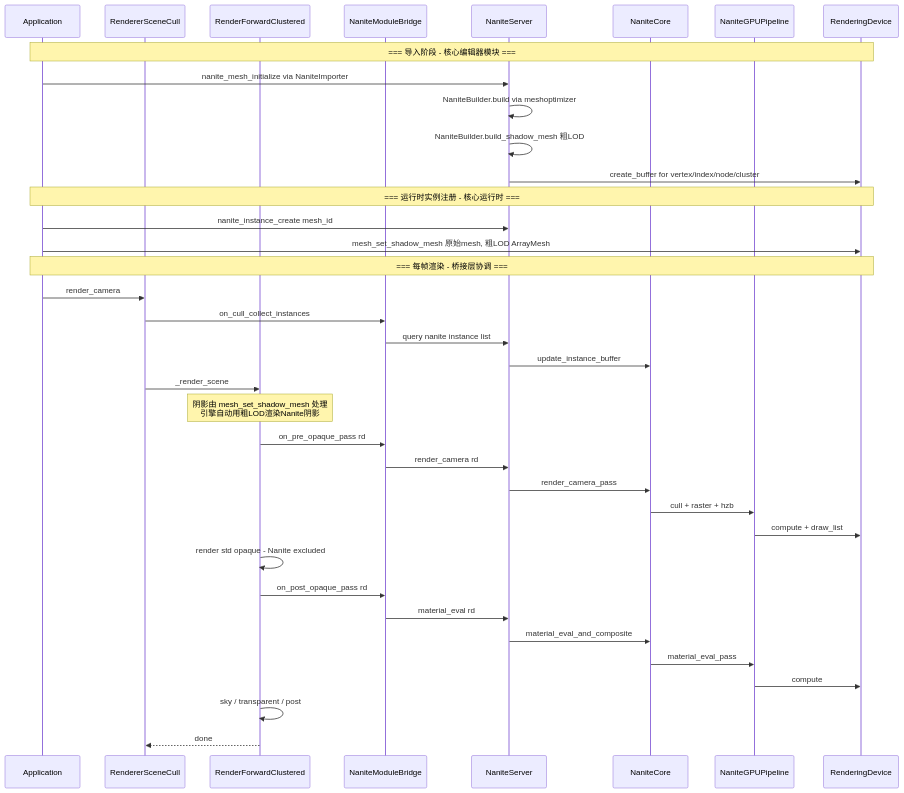
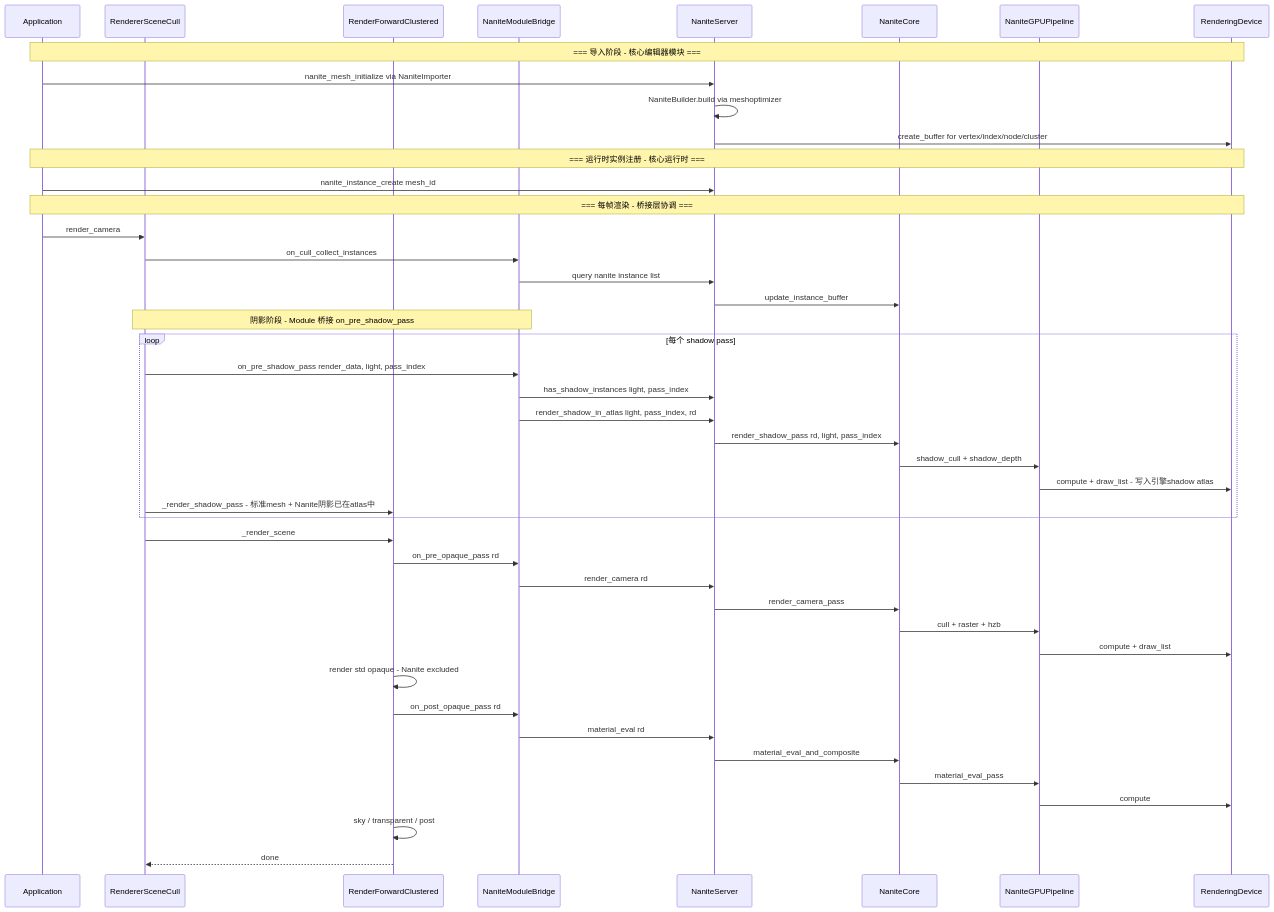
Before and after one commit to alonecat06/godot: diagram 30 of 31 in sourcecode_analysis/nanite-godot-design.md, drawn with Mermaid. The commit also changed other lines of this file, not shown here.

First line of the commit message:
更新Nanite设计文档: Module桥接阴影改为动态GPU shadow + 新增调试可视化

````diff
--- a/sourcecode_analysis/nanite-godot-design.md
+++ b/sourcecode_analysis/nanite-godot-design.md
@@ -3078,47 +3194,54 @@
 ```mermaid
 sequenceDiagram
     participant App as Application
     participant Cull as RendererSceneCull
     participant FC as RenderForwardClustered
     participant Bridge as NaniteModuleBridge
     participant Server as NaniteServer
     participant Core as NaniteCore
     participant GPU as NaniteGPUPipeline
     participant RD as RenderingDevice
 
     Note over App,RD: === 导入阶段 - 核心编辑器模块 ===
     App->>Server: nanite_mesh_initialize via NaniteImporter
     Server->>Server: NaniteBuilder.build via meshoptimizer
-    Server->>Server: NaniteBuilder.build_shadow_mesh 粗LOD
     Server->>RD: create_buffer for vertex/index/node/cluster
 
     Note over App,RD: === 运行时实例注册 - 核心运行时 ===
     App->>Server: nanite_instance_create mesh_id
-    App->>RD: mesh_set_shadow_mesh 原始mesh, 粗LOD ArrayMesh
 
     Note over App,RD: === 每帧渲染 - 桥接层协调 ===
     App->>Cull: render_camera
     Cull->>Bridge: on_cull_collect_instances
     Bridge->>Server: query nanite instance list
     Server->>Core: update_instance_buffer
+
+    Note over Cull,Bridge: 阴影阶段 - Module 桥接 on_pre_shadow_pass
+    loop 每个 shadow pass
+        Cull->>Bridge: on_pre_shadow_pass render_data, light, pass_index
+        Bridge->>Server: has_shadow_instances light, pass_index
+        Bridge->>Server: render_shadow_in_atlas light, pass_index, rd
+        Server->>Core: render_shadow_pass rd, light, pass_index
+        Core->>GPU: shadow_cull + shadow_depth
+        GPU->>RD: compute + draw_list - 写入引擎shadow atlas
+        Cull->>FC: _render_shadow_pass - 标准mesh + Nanite阴影已在atlas中
+    end
+
     Cull->>FC: _render_scene
-
-    Note over FC: 阴影由 mesh_set_shadow_mesh 处理<br/>引擎自动用粗LOD渲染Nanite阴影
-
     FC->>Bridge: on_pre_opaque_pass rd
     Bridge->>Server: render_camera rd
     Server->>Core: render_camera_pass
     Core->>GPU: cull + raster + hzb
     GPU->>RD: compute + draw_list
 
     FC->>FC: render std opaque - Nanite excluded
 
     FC->>Bridge: on_post_opaque_pass rd
     Bridge->>Server: material_eval rd
     Server->>Core: material_eval_and_composite
     Core->>GPU: material_eval_pass
     GPU->>RD: compute
 
     FC->>FC: sky / transparent / post
     FC-->>Cull: done
 ```
````
